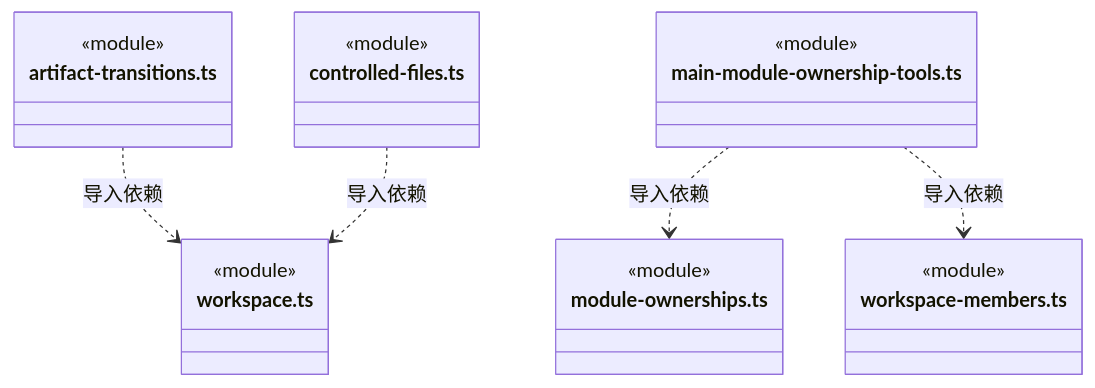
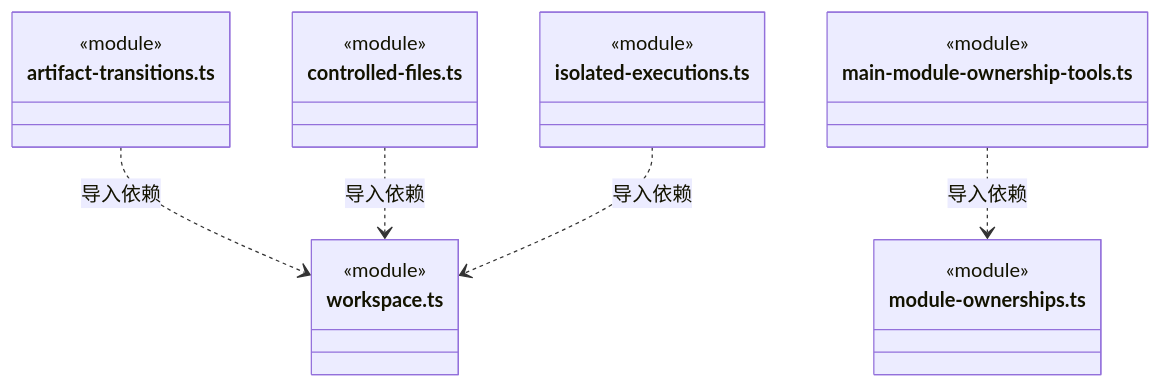
One commit to nan023062/cbim changed diagram 22 of 24 in src/backend/main/workspace/ARCHITECTURE.md. Above: the diagram before and after it, drawn with Mermaid. The commit also changed other lines of this file and 53 other files, not shown here.

````diff
--- a/src/backend/main/workspace/ARCHITECTURE.md
+++ b/src/backend/main/workspace/ARCHITECTURE.md
@@ -468,25 +514,25 @@
 ```mermaid
 classDiagram
 class N_src_backend_main_workspace_artifact_transitions_ts["artifact-transitions.ts"] {
   <<module>>
 }
 class N_src_backend_main_workspace_workspace_ts["workspace.ts"] {
   <<module>>
 }
 class N_src_backend_main_workspace_controlled_files_ts["controlled-files.ts"] {
   <<module>>
 }
+class N_src_backend_main_workspace_isolated_executions_ts["isolated-executions.ts"] {
+  <<module>>
+}
 class N_src_backend_main_workspace_main_module_ownership_tools_ts["main-module-ownership-tools.ts"] {
   <<module>>
 }
 class N_src_backend_main_workspace_module_ownerships_ts["module-ownerships.ts"] {
   <<module>>
 }
-class N_src_backend_main_workspace_workspace_members_ts["workspace-members.ts"] {
-  <<module>>
-}
 N_src_backend_main_workspace_artifact_transitions_ts ..> N_src_backend_main_workspace_workspace_ts : 导入依赖
 N_src_backend_main_workspace_controlled_files_ts ..> N_src_backend_main_workspace_workspace_ts : 导入依赖
+N_src_backend_main_workspace_isolated_executions_ts ..> N_src_backend_main_workspace_workspace_ts : 导入依赖
 N_src_backend_main_workspace_main_module_ownership_tools_ts ..> N_src_backend_main_workspace_module_ownerships_ts : 导入依赖
-N_src_backend_main_workspace_main_module_ownership_tools_ts ..> N_src_backend_main_workspace_workspace_members_ts : 导入依赖
 ```
````
